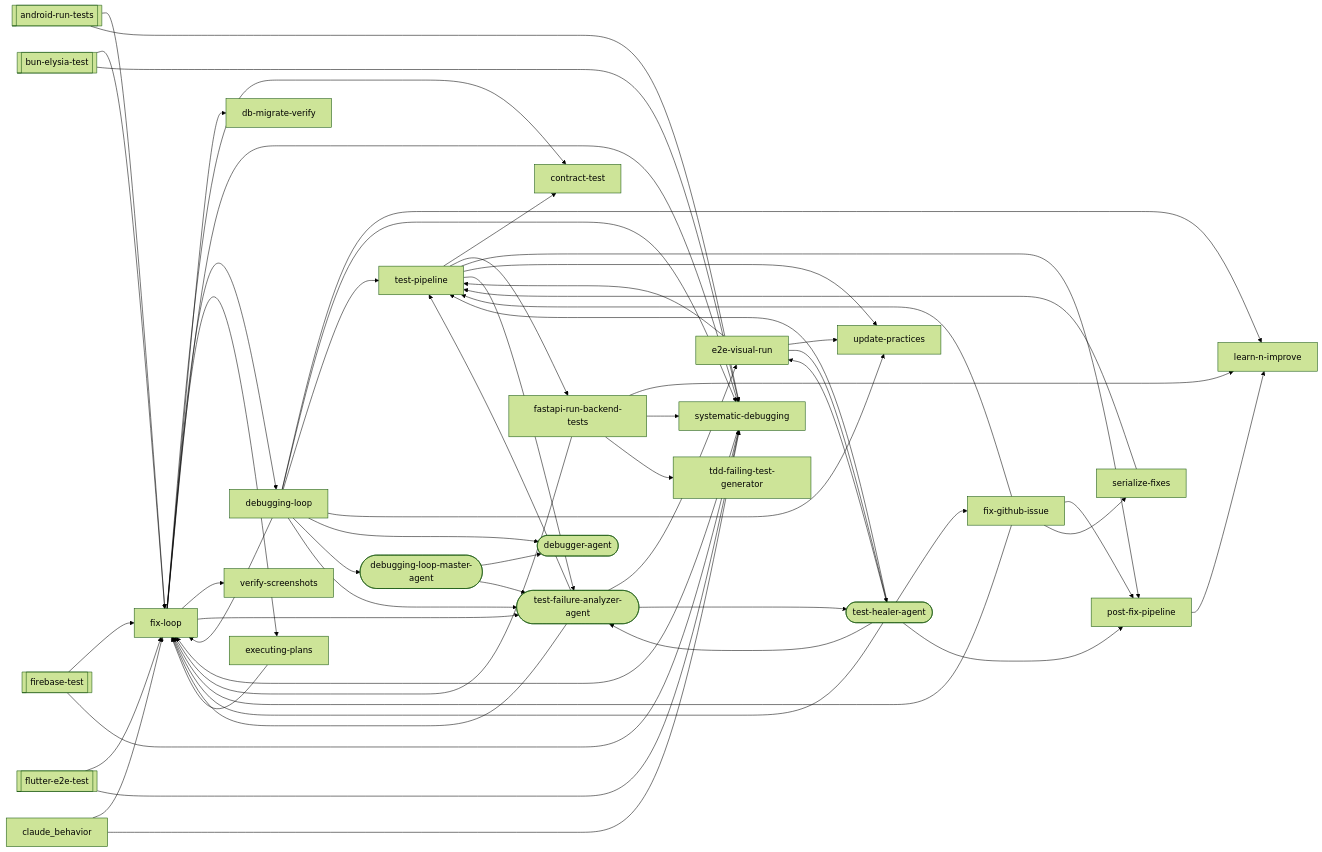
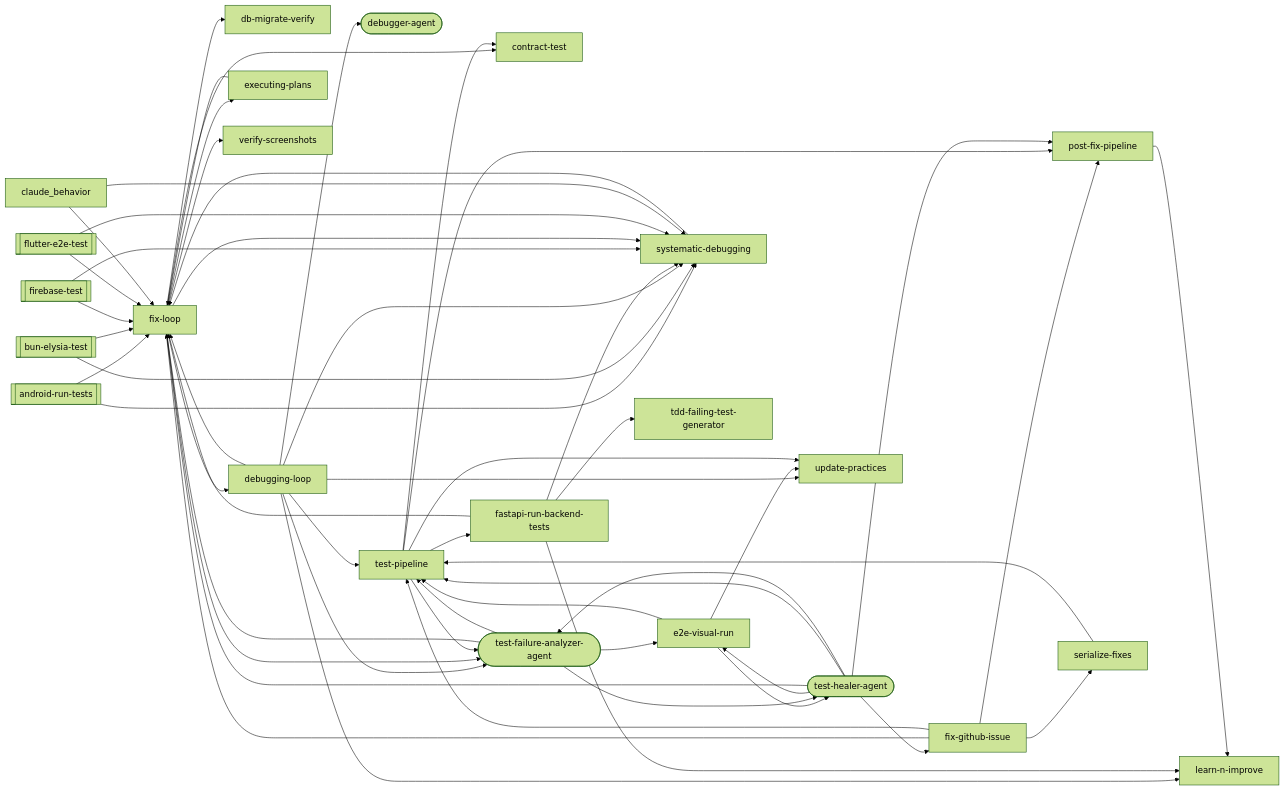
The third of 24 diagrams in docs/workflows/debugging-loop.md (abhayla/claude-best-practices), drawn with Mermaid (forest theme) before and after one commit. The commit also changed other lines of this file and 29 other files, not shown here.

```diff
--- a/docs/workflows/debugging-loop.md
+++ b/docs/workflows/debugging-loop.md
@@ -688,7 +682,6 @@
     db_migrate_verify["db-migrate-verify"]
     debugger_agent(["debugger-agent"])
     debugging_loop["debugging-loop"]
-    debugging_loop_master_agent(["debugging-loop-master-agent"])
     e2e_visual_run["e2e-visual-run"]
     executing_plans["executing-plans"]
     fastapi_run_backend_tests["fastapi-run-backend-tests"]
@@ -714,7 +707,6 @@
     debugging_loop --> test_pipeline
     debugging_loop --> update_practices
     debugging_loop --> debugger_agent
-    debugging_loop --> debugging_loop_master_agent
     debugging_loop --> test_failure_analyzer_agent
     e2e_visual_run --> test_pipeline
     e2e_visual_run --> update_practices
@@ -747,8 +739,6 @@
     test_pipeline --> post_fix_pipeline
     test_pipeline --> update_practices
     test_pipeline --> test_failure_analyzer_agent
-    debugging_loop_master_agent --> debugger_agent
-    debugging_loop_master_agent --> test_failure_analyzer_agent
     test_failure_analyzer_agent --> e2e_visual_run
     test_failure_analyzer_agent --> fix_loop
     test_failure_analyzer_agent --> test_pipeline
```
